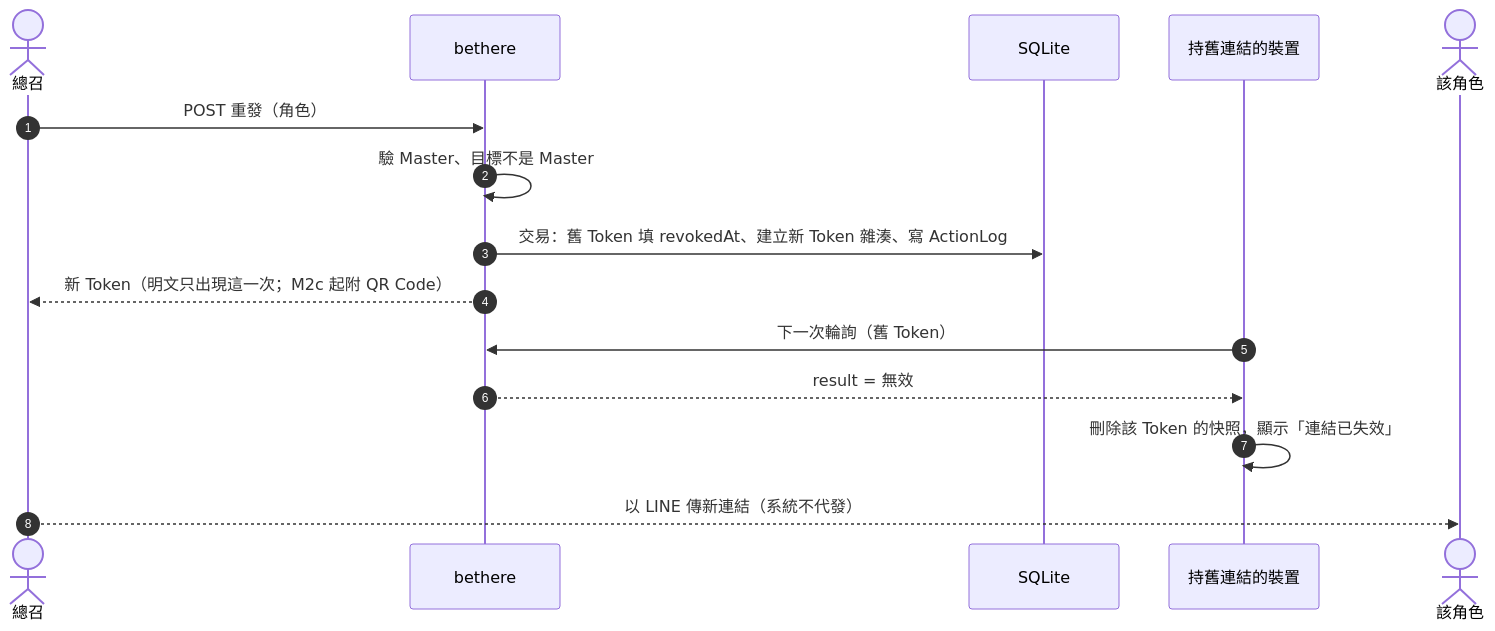
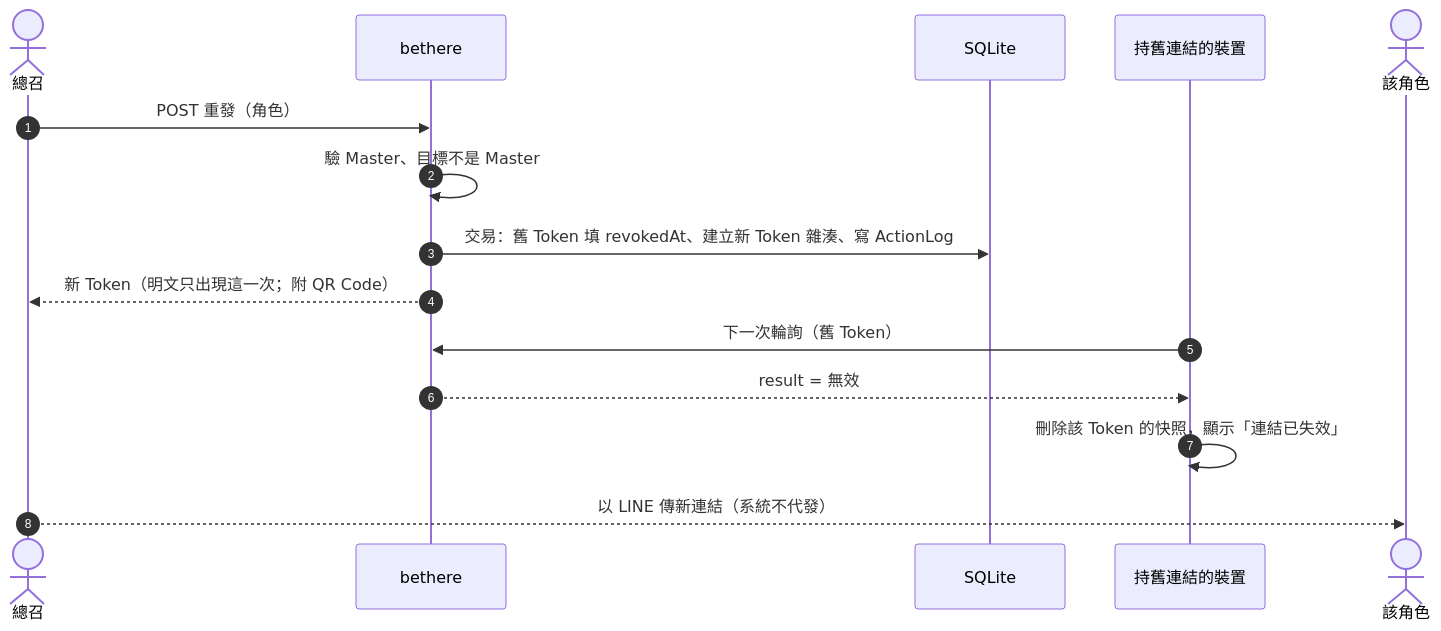
Before and after one commit to BensonPigo/bethere: the third of 3 diagrams in docs/design/access-control.md, drawn with Mermaid. The commit also changed other lines of this file and 66 other files, not shown here.

````diff
--- a/docs/design/access-control.md
+++ b/docs/design/access-control.md
@@ -130,18 +130,18 @@
 ```mermaid
 sequenceDiagram
     autonumber
     actor M as 總召
     participant S as bethere
     participant D as SQLite
     participant Old as 持舊連結的裝置
     actor R as 該角色
 
     M->>S: POST 重發（角色）
     S->>S: 驗 Master、目標不是 Master
     S->>D: 交易：舊 Token 填 revokedAt、建立新 Token 雜湊、寫 ActionLog
-    S-->>M: 新 Token（明文只出現這一次；M2c 起附 QR Code）
+    S-->>M: 新 Token（明文只出現這一次；附 QR Code）
     Old->>S: 下一次輪詢（舊 Token）
     S-->>Old: result = 無效
     Old->>Old: 刪除該 Token 的快照，顯示「連結已失效」
     M-->>R: 以 LINE 傳新連結（系統不代發）
 ```
````
